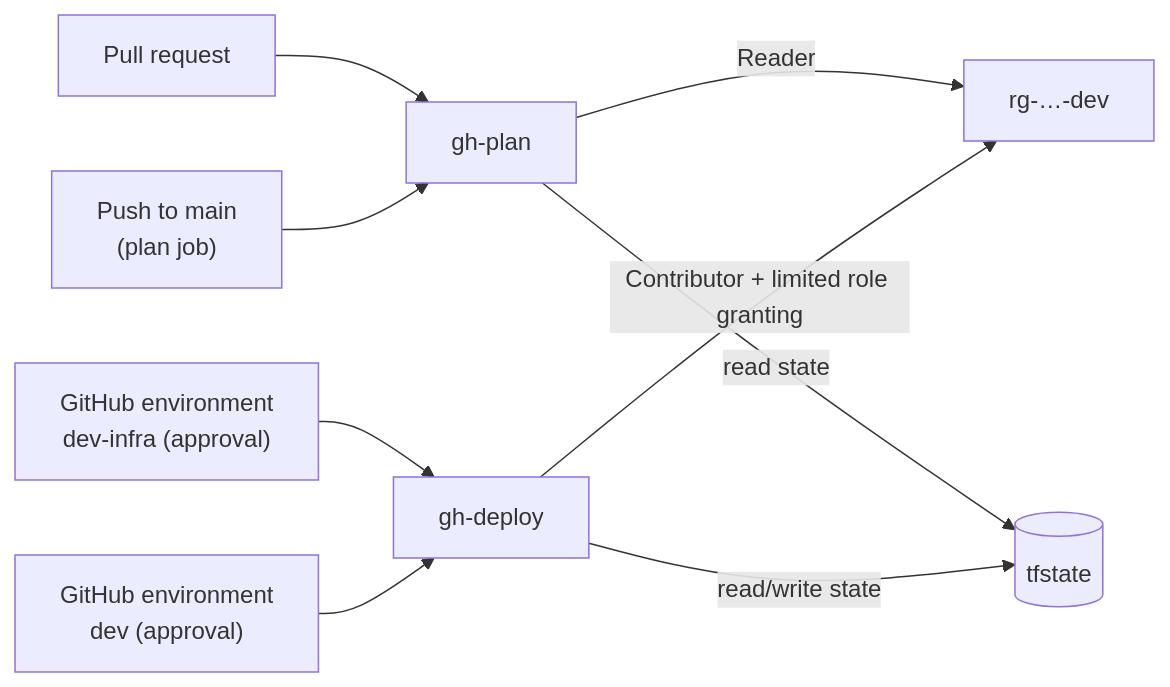
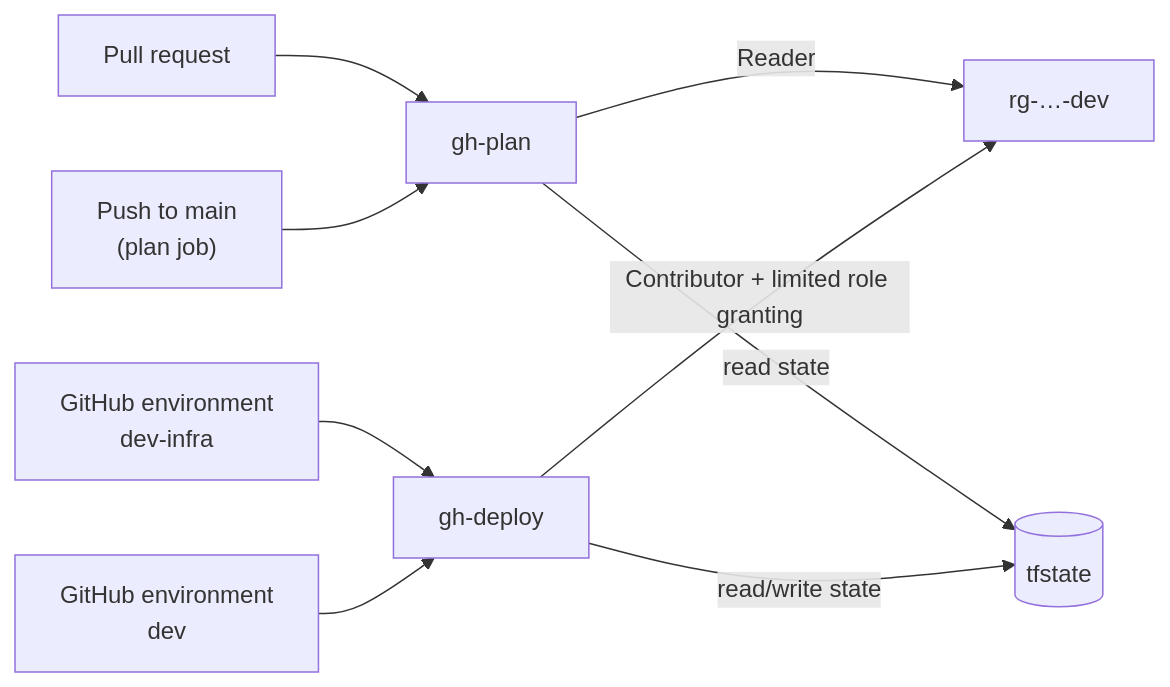
One commit to ankurparekh1988/payment-ops-investigation-agent changed the diagram in docs/Deployment.md. Above: the diagram before and after it, drawn with Mermaid. The commit also changed other lines of this file, not shown here.

````diff
--- a/docs/Deployment.md
+++ b/docs/Deployment.md
@@ -77,11 +80,11 @@
 ```mermaid
 flowchart LR
   PR["Pull request"] --> P["gh-plan"]
   MAIN["Push to main<br/>(plan job)"] --> P
-  ENVI["GitHub environment<br/>dev-infra (approval)"] --> D["gh-deploy"]
-  ENVA["GitHub environment<br/>dev (approval)"] --> D
+  ENVI["GitHub environment<br/>dev-infra"] --> D["gh-deploy"]
+  ENVA["GitHub environment<br/>dev"] --> D
   P -->|Reader| RG["rg-…-dev"]
   P -->|read state| ST[("tfstate")]
   D -->|Contributor + limited role granting| RG
   D -->|read/write state| ST
 ```
````
